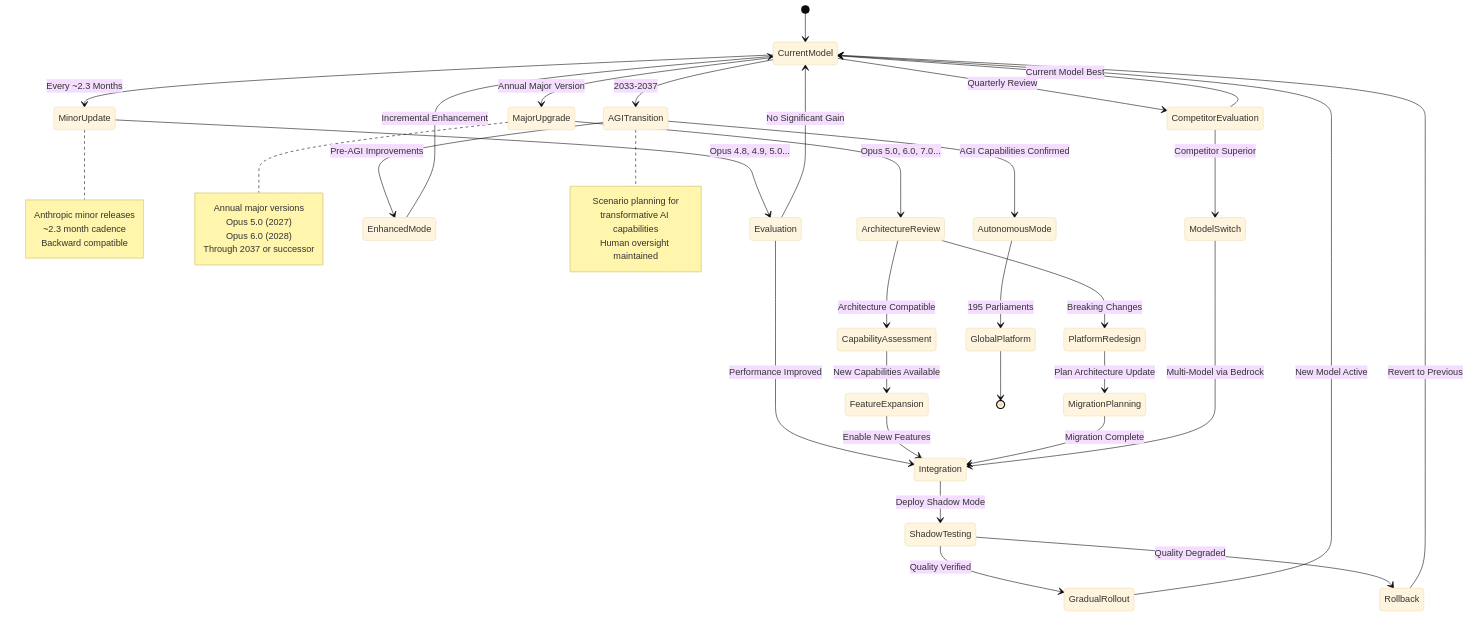
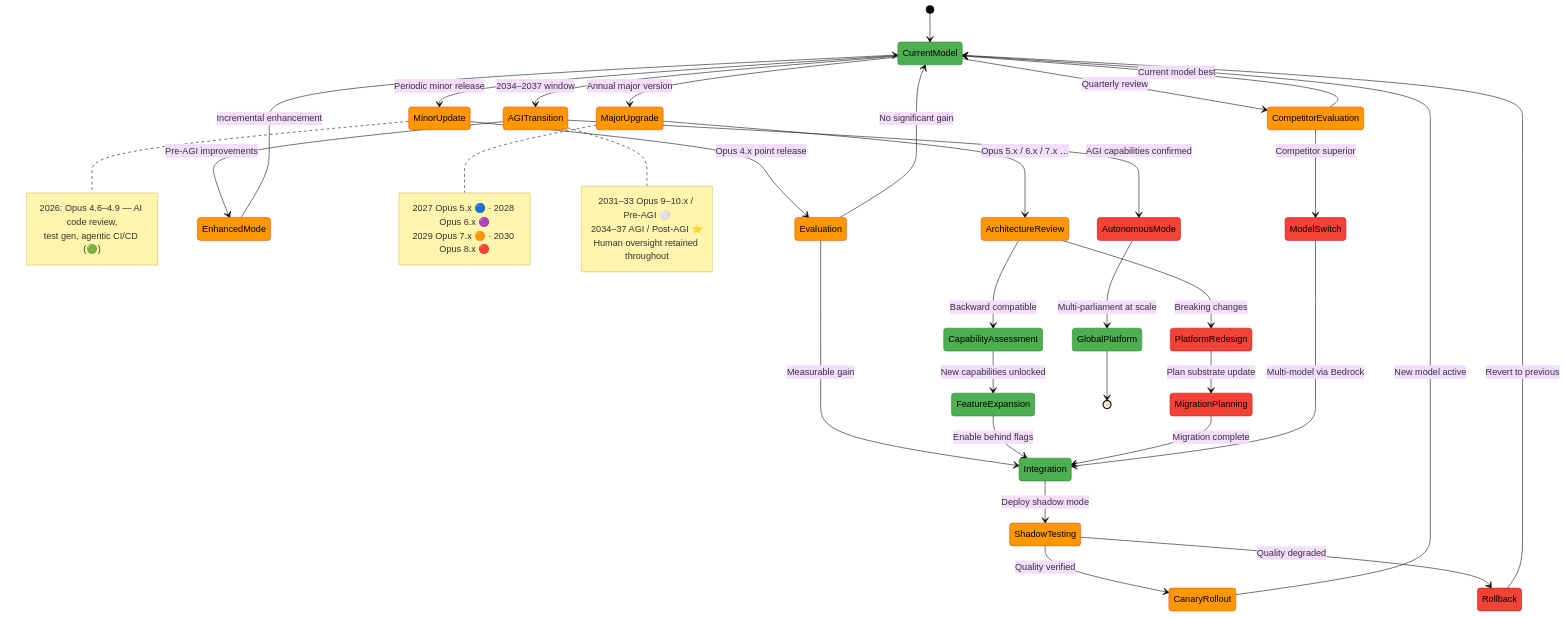
Diagram 16 of 18 in FUTURE_STATEDIAGRAM.md (Hack23/riksdagsmonitor), drawn with Mermaid (base theme) before and after one commit. The commit also changed other lines of this file and 5 other files, not shown here.

Commit message:
Rewrite FUTURE_DATA_MODEL.md as three-horizon data architecture (v3.0)

````diff
--- a/FUTURE_STATEDIAGRAM.md
+++ b/FUTURE_STATEDIAGRAM.md
@@ -285,63 +854,59 @@
 ```mermaid
 stateDiagram-v2
     [*] --> CurrentModel
 
-    CurrentModel --> MinorUpdate: Every ~2.3 Months
-    MinorUpdate --> Evaluation: Opus 4.8, 4.9, 5.0...
-    
-    Evaluation --> Integration: Performance Improved
-    Evaluation --> CurrentModel: No Significant Gain
-    
-    Integration --> ShadowTesting: Deploy Shadow Mode
-    ShadowTesting --> GradualRollout: Quality Verified
-    ShadowTesting --> Rollback: Quality Degraded
-    
-    GradualRollout --> CurrentModel: New Model Active
-    Rollback --> CurrentModel: Revert to Previous
+    CurrentModel --> MinorUpdate: Periodic minor release
+    MinorUpdate --> Evaluation: Opus 4.x point release
+    Evaluation --> Integration: Measurable gain
+    Evaluation --> CurrentModel: No significant gain
 
-    CurrentModel --> MajorUpgrade: Annual Major Version
-    MajorUpgrade --> ArchitectureReview: Opus 5.0, 6.0, 7.0...
-    
-    ArchitectureReview --> CapabilityAssessment: Architecture Compatible
-    ArchitectureReview --> PlatformRedesign: Breaking Changes
-    
-    CapabilityAssessment --> FeatureExpansion: New Capabilities Available
-    FeatureExpansion --> Integration: Enable New Features
-    
-    PlatformRedesign --> MigrationPlanning: Plan Architecture Update
-    MigrationPlanning --> Integration: Migration Complete
+    Integration --> ShadowTesting: Deploy shadow mode
+    ShadowTesting --> CanaryRollout: Quality verified
+    ShadowTesting --> Rollback: Quality degraded
+    CanaryRollout --> CurrentModel: New model active
+    Rollback --> CurrentModel: Revert to previous
 
-    CurrentModel --> CompetitorEvaluation: Quarterly Review
-    CompetitorEvaluation --> ModelSwitch: Competitor Superior
-    CompetitorEvaluation --> CurrentModel: Current Model Best
-    
-    ModelSwitch --> Integration: Multi-Model via Bedrock
+    CurrentModel --> MajorUpgrade: Annual major version
+    MajorUpgrade --> ArchitectureReview: Opus 5.x / 6.x / 7.x …
+    ArchitectureReview --> CapabilityAssessment: Backward compatible
+    ArchitectureReview --> PlatformRedesign: Breaking changes
+    CapabilityAssessment --> FeatureExpansion: New capabilities unlocked
+    FeatureExpansion --> Integration: Enable behind flags
+    PlatformRedesign --> MigrationPlanning: Plan substrate update
+    MigrationPlanning --> Integration: Migration complete
 
-    CurrentModel --> AGITransition: 2033-2037
-    AGITransition --> AutonomousMode: AGI Capabilities Confirmed
-    AGITransition --> EnhancedMode: Pre-AGI Improvements
-    
-    AutonomousMode --> GlobalPlatform: 195 Parliaments
-    EnhancedMode --> CurrentModel: Incremental Enhancement
-    
+    CurrentModel --> CompetitorEvaluation: Quarterly review
+    CompetitorEvaluation --> ModelSwitch: Competitor superior
+    CompetitorEvaluation --> CurrentModel: Current model best
+    ModelSwitch --> Integration: Multi-model via Bedrock
+
+    CurrentModel --> AGITransition: 2034–2037 window
+    AGITransition --> EnhancedMode: Pre-AGI improvements
+    AGITransition --> AutonomousMode: AGI capabilities confirmed
+    EnhancedMode --> CurrentModel: Incremental enhancement
+    AutonomousMode --> GlobalPlatform: Multi-parliament at scale
     GlobalPlatform --> [*]
 
     note right of MinorUpdate
-        Anthropic minor releases
-        ~2.3 month cadence
-        Backward compatible
+        2026: Opus 4.6–4.9 — AI code review,
+        test gen, agentic CI/CD (🟢)
     end note
 
     note right of MajorUpgrade
-        Annual major versions
-        Opus 5.0 (2027)
-        Opus 6.0 (2028)
-        Through 2037 or successor
+        2027 Opus 5.x 🔵 · 2028 Opus 6.x 🟣
+        2029 Opus 7.x 🟠 · 2030 Opus 8.x 🔴
     end note
 
     note right of AGITransition
-        Scenario planning for
-        transformative AI capabilities
-        Human oversight maintained
+        2031–33 Opus 9–10.x / Pre-AGI ⚪
+        2034–37 AGI / Post-AGI ⭐
+        Human oversight retained throughout
     end note
+
+    classDef ok fill:#4caf50,stroke:#2e7d32,color:#000000
+    classDef warn fill:#ff9800,stroke:#e65100,color:#000000
+    classDef err fill:#f44336,stroke:#b71c1c,color:#000000
+    class CurrentModel,Integration,CapabilityAssessment,FeatureExpansion,GlobalPlatform ok
+    class MinorUpdate,Evaluation,ShadowTesting,CanaryRollout,MajorUpgrade,ArchitectureReview,CompetitorEvaluation,AGITransition,EnhancedMode warn
+    class Rollback,PlatformRedesign,MigrationPlanning,ModelSwitch,AutonomousMode err
 ```
````
